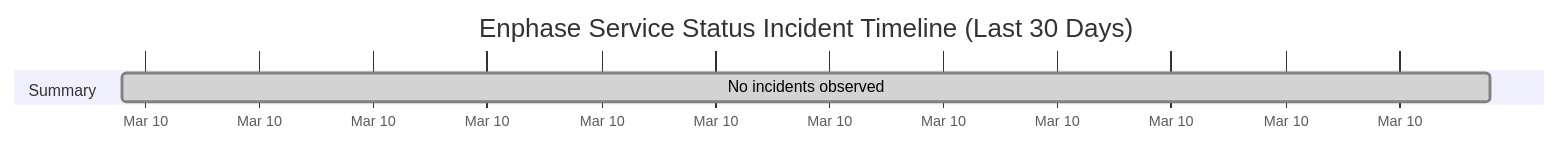
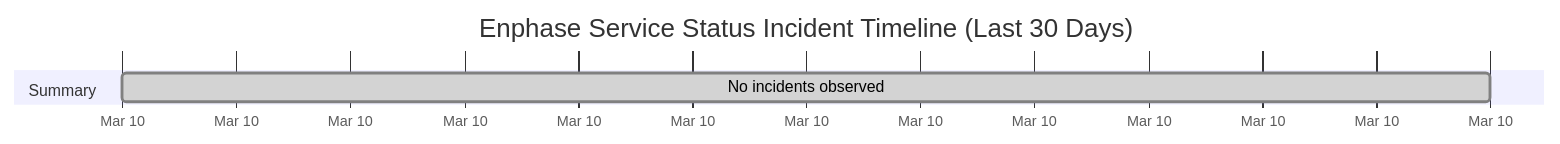
Before and after one commit to barneyonline/ha-enphase-ev-charger: the diagram in wiki/Service-Status-History.md, drawn with Mermaid. The commit also changed other lines of this file and 3 other files, not shown here.

````diff
--- a/wiki/Service-Status-History.md
+++ b/wiki/Service-Status-History.md
@@ -14,8 +14,8 @@
 ```mermaid
 gantt
     title Enphase Service Status Incident Timeline (Last 30 Days)
     dateFormat  YYYY-MM-DDTHH:mm:ss
     axisFormat  %b %d
     section Summary
-    No incidents observed :done, 2026-03-10T10:30:14, 1m
+    No incidents observed :done, 2026-03-10T11:25:40, 1m
 ```
````
